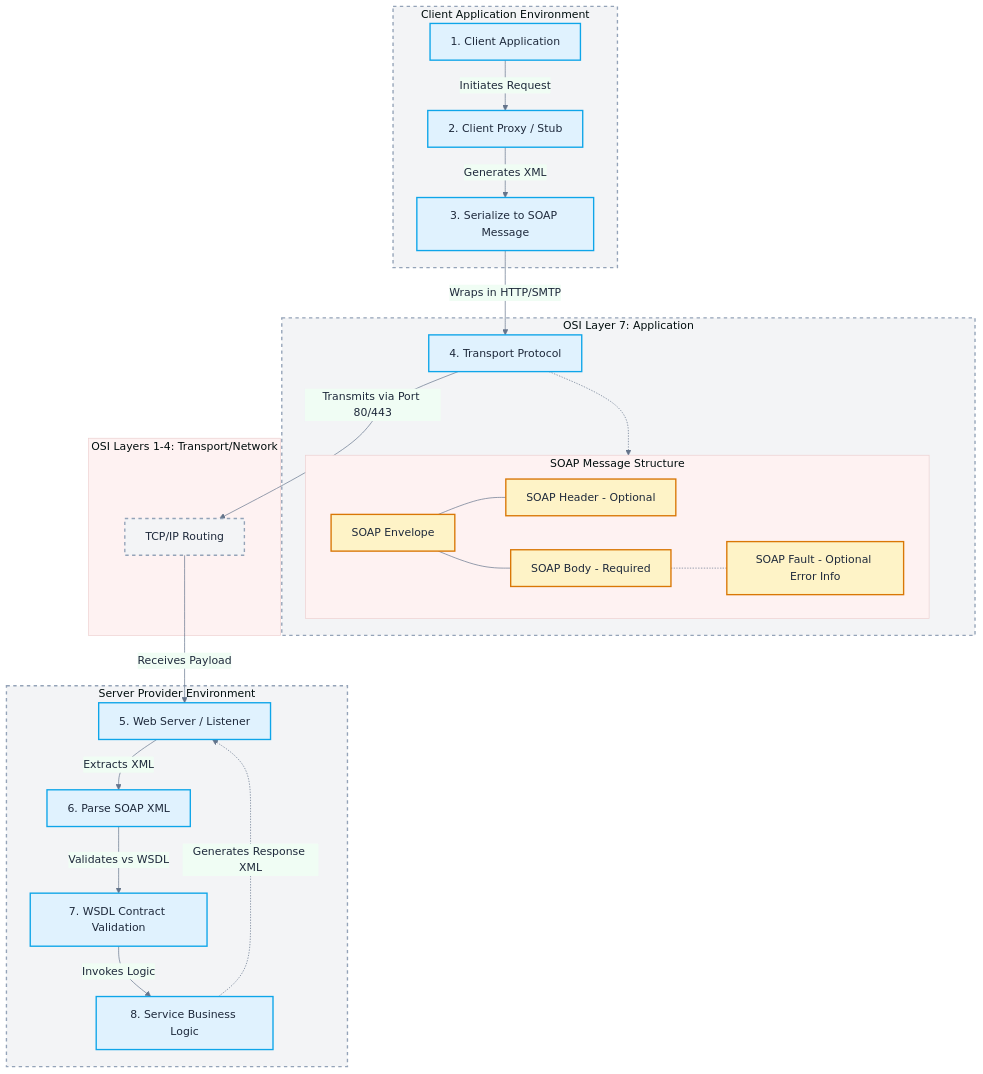
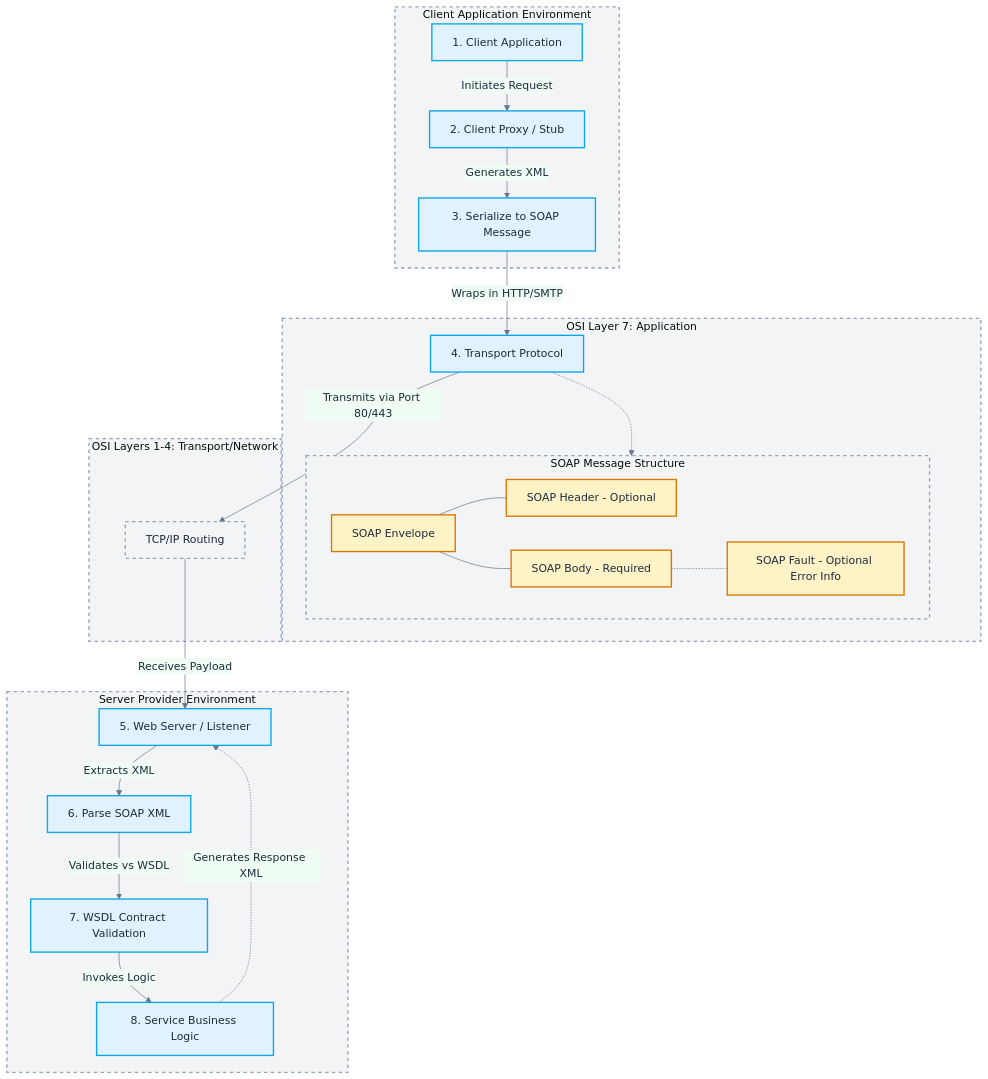
One commit to chrisseanhayes/soap-viewer changed the diagram in soap/data/diagram.mmd. Above: the diagram before and after it, drawn with Mermaid. The commit also changed 3 other files, not shown here.

```diff
--- a/soap/data/diagram.mmd
+++ b/soap/data/diagram.mmd
@@ -1,66 +1,67 @@
 %%{init: {'theme': 'base', 'themeVariables': { 'primaryColor': '#eff6ff', 'primaryTextColor': '#1e293b', 'primaryBorderColor': '#3b82f6', 'lineColor': '#64748b', 'secondaryColor': '#f0fdf4', 'tertiaryColor': '#fef2f2'}}}%%
 graph TD
     classDef osiLayer fill:#f3f4f6,stroke:#94a3b8,stroke-width:2px,stroke-dasharray:5 5;
     classDef process fill:#e0f2fe,stroke:#0ea5e9,stroke-width:2px;
     classDef soapLayer fill:#fef3c7,stroke:#d97706,stroke-width:2px;
     classDef clickable cursor:pointer,transition:all 0.2s;
 
     subgraph Client [Client Application Environment]
         AppClient[1. Client Application] -->|Initiates Request| Proxy[2. Client Proxy / Stub]
         Proxy -->|Generates XML| Serialize[3. Serialize to SOAP Message]
         class AppClient,Proxy,Serialize process;
         class AppClient,Proxy,Serialize clickable;
     end
 
     subgraph OSILayer7 [OSI Layer 7: Application]
         Serialize -->|Wraps in HTTP/SMTP| TransportProtocol[4. Transport Protocol]
         class TransportProtocol process;
         class TransportProtocol clickable;
 
         subgraph SOAPMessage [SOAP Message Structure]
             Envelope[SOAP Envelope]
             Header[SOAP Header - Optional]
             Body[SOAP Body - Required]
             Fault[SOAP Fault - Optional Error Info]
             Envelope --- Header
             Envelope --- Body
             Body -.- Fault
             class Envelope,Header,Body,Fault soapLayer;
             class Envelope,Header,Body,Fault clickable;
         end
         TransportProtocol -.-> SOAPMessage
     end
 
     subgraph OSILowerLayers [OSI Layers 1-4: Transport/Network]
         TCP[TCP/IP Routing]
         class TCP osiLayer;
         class TCP clickable;
     end
     TransportProtocol -->|Transmits via Port 80/443| TCP
 
     subgraph Server [Server Provider Environment]
         TCP -->|Receives Payload| ServerTransport[5. Web Server / Listener]
         ServerTransport -->|Extracts XML| Deserialize[6. Parse SOAP XML]
         Deserialize -->|Validates vs WSDL| Validate[7. WSDL Contract Validation]
         Validate -->|Invokes Logic| AppServer[8. Service Business Logic]
         class ServerTransport,Deserialize,Validate,AppServer process;
         class ServerTransport,Deserialize,Validate,AppServer clickable;
     end
 
     AppServer -.->|Generates Response XML| ServerTransport
     class Client,Server osiLayer;
-    class OSILayer7 osiLayer;
+    class OSILayer7,SOAPMessage,OSILowerLayers osiLayer;
+    class Client,OSILayer7,SOAPMessage,OSILowerLayers,Server clickable;
 
  click AppClient call showDetails() "Details on Client"
  click Proxy call showDetails() "Details on Proxy"
  click Serialize call showDetails() "Details on Serialization"
  click TransportProtocol call showDetails() "Details on Transport"
  click Envelope call showDetails() "Details on Envelope"
  click Header call showDetails() "Details on Header"
  click Body call showDetails() "Details on Body"
  click Fault call showDetails() "Details on Fault"
  click TCP call showDetails() "Details on Networking"
  click ServerTransport call showDetails() "Details on Web Server"
  click Deserialize call showDetails() "Details on Parsing"
  click Validate call showDetails() "Details on Validation"
  click AppServer call showDetails() "Details on Logic"
```
